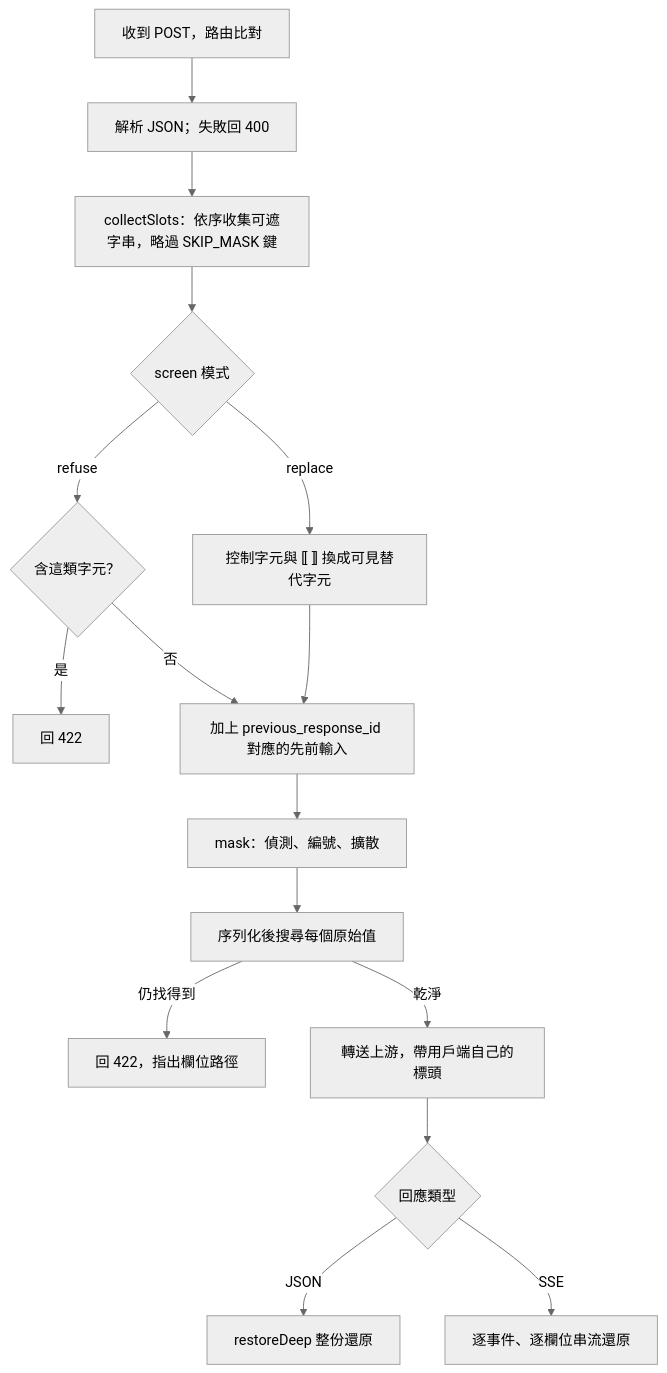
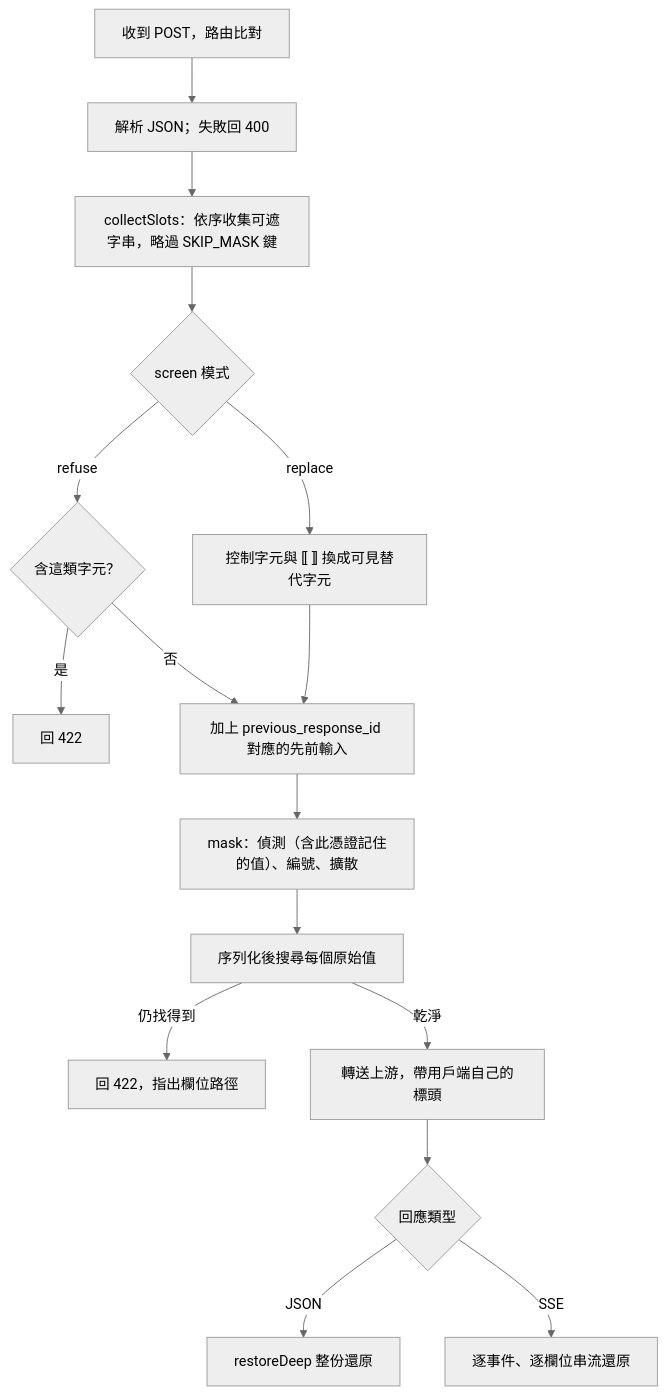
Before and after one commit to Exestence/redaction-proxy: the first of 2 diagrams in docs/DETAILS.md, drawn with Mermaid (neutral theme). The commit also changed other lines of this file and 5 other files, not shown here.

````diff
--- a/docs/DETAILS.md
+++ b/docs/DETAILS.md
@@ -61,18 +62,18 @@
 ```mermaid
 flowchart TD
   A["收到 POST，路由比對"] --> B["解析 JSON；失敗回 400"]
   B --> C["collectSlots：依序收集可遮字串，略過 SKIP_MASK 鍵"]
   C --> D{"screen 模式"}
   D -- "replace" --> E["控制字元與 ⟦ ⟧ 換成可見替代字元"]
   D -- "refuse" --> F{"含這類字元？"}
   F -- "是" --> F2["回 422"]
   F -- "否" --> G
   E --> G["加上 previous_response_id 對應的先前輸入"]
-  G --> H["mask：偵測、編號、擴散"]
+  G --> H["mask：偵測（含此憑證記住的值）、編號、擴散"]
   H --> I["序列化後搜尋每個原始值"]
   I -- "仍找得到" --> J["回 422，指出欄位路徑"]
   I -- "乾淨" --> K["轉送上游，帶用戶端自己的標頭"]
   K --> L{"回應類型"}
   L -- "JSON" --> M["restoreDeep 整份還原"]
   L -- "SSE" --> N["逐事件、逐欄位串流還原"]
 ```
````
